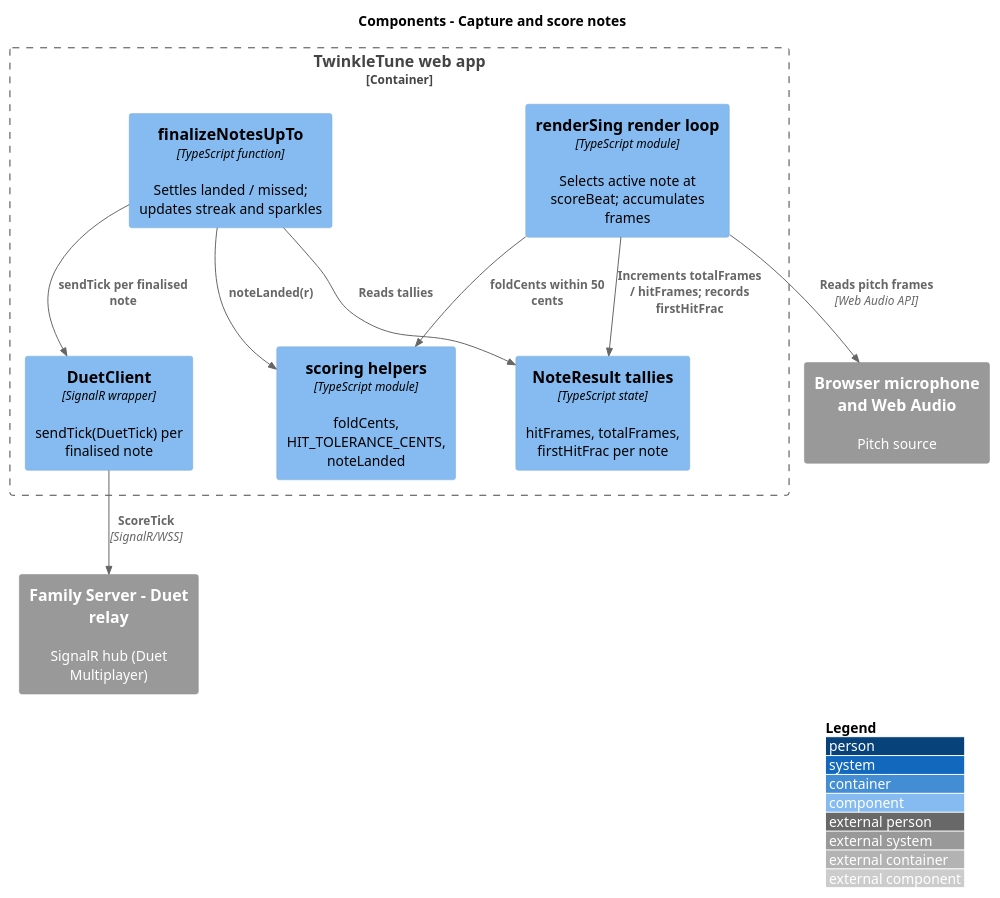
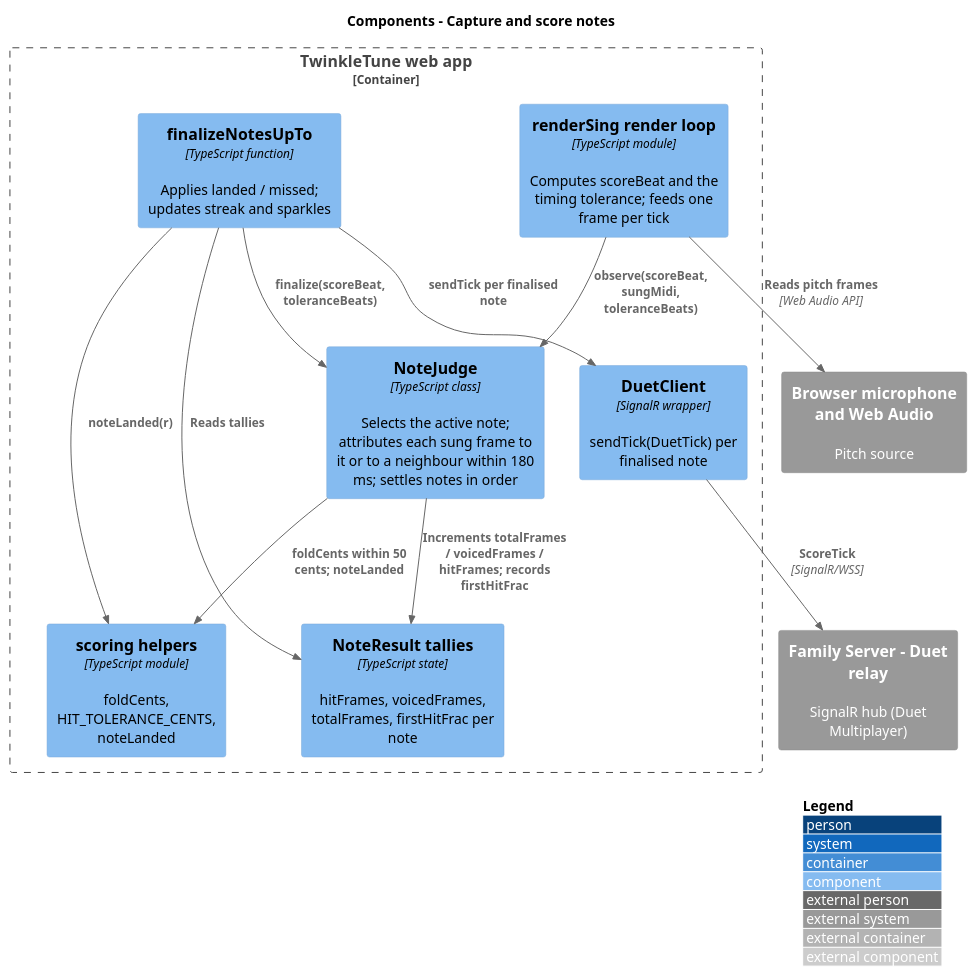
The diagram in docs/detailed-designs/singing-gameplay/capture-and-score-notes/diagrams/c4-component.puml (QuinntyneBrown/TwinkleTune), drawn with PlantUML before and after one commit. The commit also changed 18 other files, not shown here.

First line of the commit message:
Specify timing-tolerant, sung-frame note judging (SR-L2-2, SR-L2-18, SG-L2-25)

```diff
--- a/docs/detailed-designs/singing-gameplay/capture-and-score-notes/diagrams/c4-component.puml
+++ b/docs/detailed-designs/singing-gameplay/capture-and-score-notes/diagrams/c4-component.puml
@@ -1,23 +1,26 @@
 @startuml
 !include <C4/C4_Component>
 LAYOUT_WITH_LEGEND()
 title Components - Capture and score notes
 
 Container_Boundary(web, "TwinkleTune web app") {
-  Component(loop, "renderSing render loop", "TypeScript module", "Selects active note at scoreBeat; accumulates frames")
-  Component(results, "NoteResult tallies", "TypeScript state", "hitFrames, totalFrames, firstHitFrac per note")
+  Component(loop, "renderSing render loop", "TypeScript module", "Computes scoreBeat and the timing tolerance; feeds one frame per tick")
+  Component(judge, "NoteJudge", "TypeScript class", "Selects the active note; attributes each sung frame to it or to a neighbour within 180 ms; settles notes in order")
+  Component(results, "NoteResult tallies", "TypeScript state", "hitFrames, voicedFrames, totalFrames, firstHitFrac per note")
   Component(scoring, "scoring helpers", "TypeScript module", "foldCents, HIT_TOLERANCE_CENTS, noteLanded")
-  Component(finalize, "finalizeNotesUpTo", "TypeScript function", "Settles landed / missed; updates streak and sparkles")
+  Component(finalize, "finalizeNotesUpTo", "TypeScript function", "Applies landed / missed; updates streak and sparkles")
   Component(duet, "DuetClient", "SignalR wrapper", "sendTick(DuetTick) per finalised note")
 }
 System_Ext(mic, "Browser microphone and Web Audio", "Pitch source")
 System_Ext(hub, "Family Server - Duet relay", "SignalR hub (Duet Multiplayer)")
 
 Rel(loop, mic, "Reads pitch frames", "Web Audio API")
-Rel(loop, scoring, "foldCents within 50 cents")
-Rel(loop, results, "Increments totalFrames / hitFrames; records firstHitFrac")
+Rel(loop, judge, "observe(scoreBeat, sungMidi, toleranceBeats)")
+Rel(judge, scoring, "foldCents within 50 cents; noteLanded")
+Rel(judge, results, "Increments totalFrames / voicedFrames / hitFrames; records firstHitFrac")
+Rel(finalize, judge, "finalize(scoreBeat, toleranceBeats)")
 Rel(finalize, results, "Reads tallies")
 Rel(finalize, scoring, "noteLanded(r)")
 Rel(finalize, duet, "sendTick per finalised note")
 Rel(duet, hub, "ScoreTick", "SignalR/WSS")
 @enduml
```
